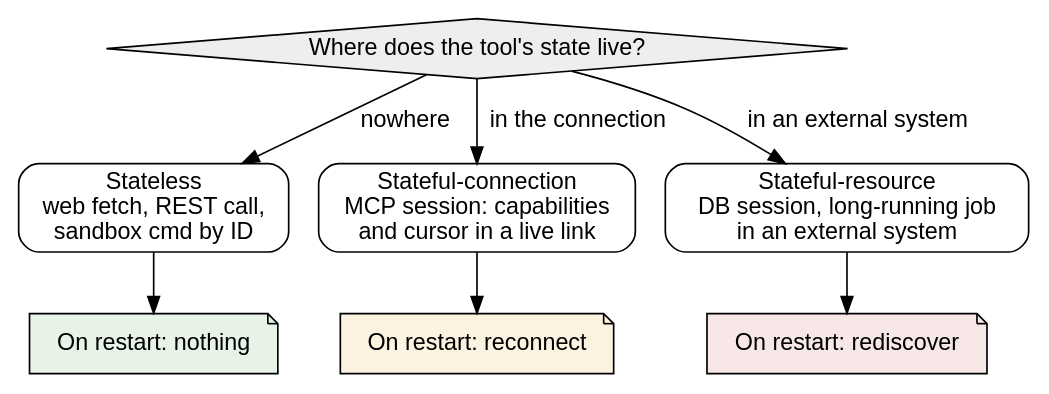
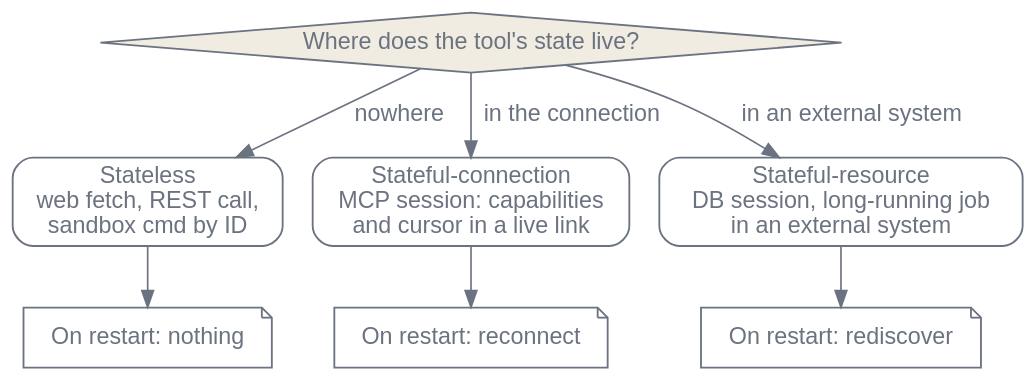
Before and after one commit to latere-ai/ai-as-an-infrastructure: the third of 3 diagrams in en/p5-orchestration/21-agent-architectures.qmd, drawn with Graphviz. The commit also changed other lines of this file and 186 other files, not shown here.

First line of the commit message:
book: visual audit pass on all diagrams and figures

````diff
--- a/en/p5-orchestration/21-agent-architectures.qmd
+++ b/en/p5-orchestration/21-agent-architectures.qmd
@@ -272,27 +275,28 @@
 ```{dot}
 //| label: fig-agent-architectures-tool-classes
 //| fig-cap: "The three tool classes divided by where their state lives and what each must do on restart: nothing, reconnect, or rediscover."
 digraph {
+    bgcolor="transparent";
     rankdir=TB;
-    node [fontname="Helvetica"];
-    edge [fontname="Helvetica"];
+    node [fontname="Helvetica", color="#6b7280", fontcolor="#6b7280", penwidth=1.1];
+    edge [fontname="Helvetica", color="#6b7280", fontcolor="#6b7280"];
 
-    q [label="Where does the tool's state live?", shape=diamond, style=filled, fillcolor="#eeeeee"];
+    q [label="Where does the tool's state live?", shape=diamond, style=filled, fillcolor="#f1ece1"];
 
     stateless [label="Stateless\nweb fetch, REST call,\nsandbox cmd by ID", shape=box, style=rounded];
     conn [label="Stateful-connection\nMCP session: capabilities\nand cursor in a live link", shape=box, style=rounded];
     res [label="Stateful-resource\nDB session, long-running job\nin an external system", shape=box, style=rounded];
 
-    r1 [label="On restart: nothing", shape=note, style=filled, fillcolor="#e7f3e7"];
-    r2 [label="On restart: reconnect", shape=note, style=filled, fillcolor="#fbf3e0"];
-    r3 [label="On restart: rediscover", shape=note, style=filled, fillcolor="#f7e7e7"];
+    r1 [label="On restart: nothing", shape=note];
+    r2 [label="On restart: reconnect", shape=note];
+    r3 [label="On restart: rediscover", shape=note];
 
     q -> stateless [label="nowhere"];
     q -> conn [label="in the connection"];
     q -> res [label="in an external system"];
 
     stateless -> r1;
     conn -> r2;
     res -> r3;
 }
 ```
````
